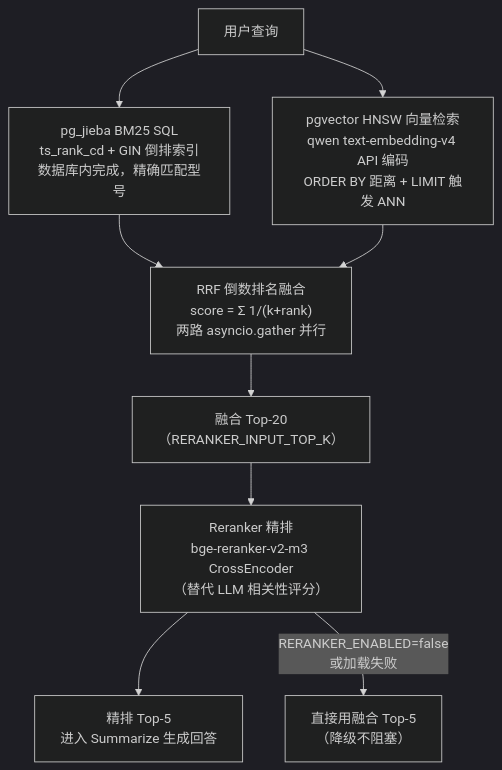
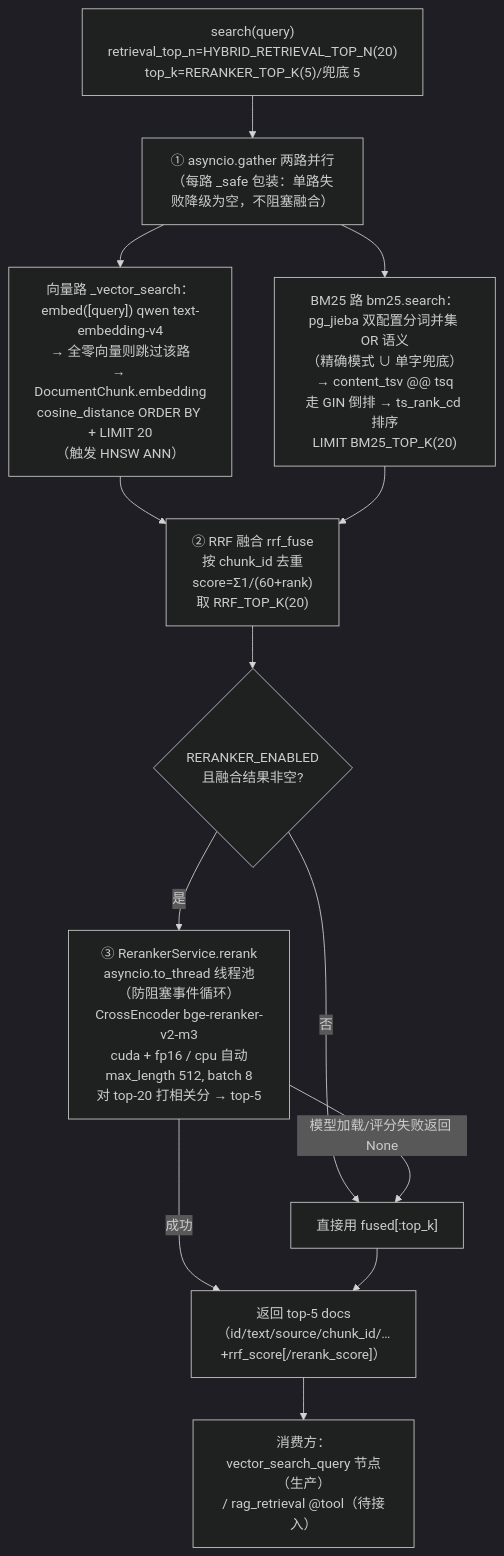
One commit to blowt16/SmartCS-Agent changed diagram 14 of 34 in docs/PROJECT_ANALYSIS.md. Above: the diagram before and after it, drawn with Mermaid (dark theme). The commit also changed other lines of this file, not shown here.

Commit message:
[docs] PROJECT_ANALYSIS §4 核心模块详解按代码实测重写——总分结构：入口到出口逐模块总图+子图（售前 MultiTool 子图/ragTool 混合检索管线、两 @tool 三态协议与未 bind 现状、记忆增量压缩、语义缓存同源链路等按 2026-09-02 真实代码落笔）

````diff
--- a/docs/PROJECT_ANALYSIS.md
+++ b/docs/PROJECT_ANALYSIS.md
@@ -383,11 +572,15 @@
 ```mermaid
 flowchart TB
-    Q["用户查询"] --> BM25["pg_jieba BM25 SQL<br/>ts_rank_cd + GIN 倒排索引<br/>数据库内完成，精确匹配型号"]
-    Q --> VEC["pgvector HNSW 向量检索<br/>qwen text-embedding-v4 API 编码<br/>ORDER BY 距离 + LIMIT 触发 ANN"]
-    BM25 --> RRF["RRF 倒数排名融合<br/>score = Σ 1/(k+rank)<br/>两路 asyncio.gather 并行"]
-    VEC --> RRF
-    RRF --> TOPK["融合 Top-20<br/>（RERANKER_INPUT_TOP_K）"]
-    TOPK --> RERANK["Reranker 精排<br/>bge-reranker-v2-m3 CrossEncoder<br/>（替代 LLM 相关性评分）"]
-    RERANK --> DONE["精排 Top-5<br/>进入 Summarize 生成回答"]
-    RERANK -->|"RERANKER_ENABLED=false<br/>或加载失败"| DONE2["直接用融合 Top-5<br/>（降级不阻塞）"]
+    Q["search(query)<br/>retrieval_top_n=HYBRID_RETRIEVAL_TOP_N(20)<br/>top_k=RERANKER_TOP_K(5)/兜底 5"] --> P1["① asyncio.gather 两路并行<br/>（每路 _safe 包装：单路失败降级为空，不阻塞融合）"]
+    P1 --> V["向量路 _vector_search：<br/>embed([query]) qwen text-embedding-v4<br/>→ 全零向量则跳过该路<br/>→ DocumentChunk.embedding<br/>cosine_distance ORDER BY + LIMIT 20<br/>（触发 HNSW ANN）"]
+    P1 --> B["BM25 路 bm25.search：<br/>pg_jieba 双配置分词并集 OR 语义<br/>（精确模式 ∪ 单字兜底）→ content_tsv @@ tsq<br/>走 GIN 倒排 → ts_rank_cd 排序<br/>LIMIT BM25_TOP_K(20)"]
+    V --> F["② RRF 融合 rrf_fuse<br/>按 chunk_id 去重<br/>score=Σ1/(60+rank)<br/>取 RRF_TOP_K(20)"]
+    B --> F
+    F --> E{"RERANKER_ENABLED<br/>且融合结果非空?"}
+    E -->|"是"| RE["③ RerankerService.rerank<br/>asyncio.to_thread 线程池（防阻塞事件循环）<br/>CrossEncoder bge-reranker-v2-m3<br/>cuda + fp16 / cpu 自动<br/>max_length 512, batch 8<br/>对 top-20 打相关分 → top-5"]
+    E -->|"否"| D1["直接用 fused[:top_k]"]
+    RE -->|"模型加载/评分失败返回 None"| D1
+    RE -->|"成功"| OUT2["返回 top-5 docs<br/>（id/text/source/chunk_id/…<br/>+rrf_score[/rerank_score]）"]
+    D1 --> OUT2
+    OUT2 --> CONSUMER["消费方：<br/>vector_search_query 节点（生产）<br/>/ rag_retrieval @tool（待接入）"]
 ```
````
